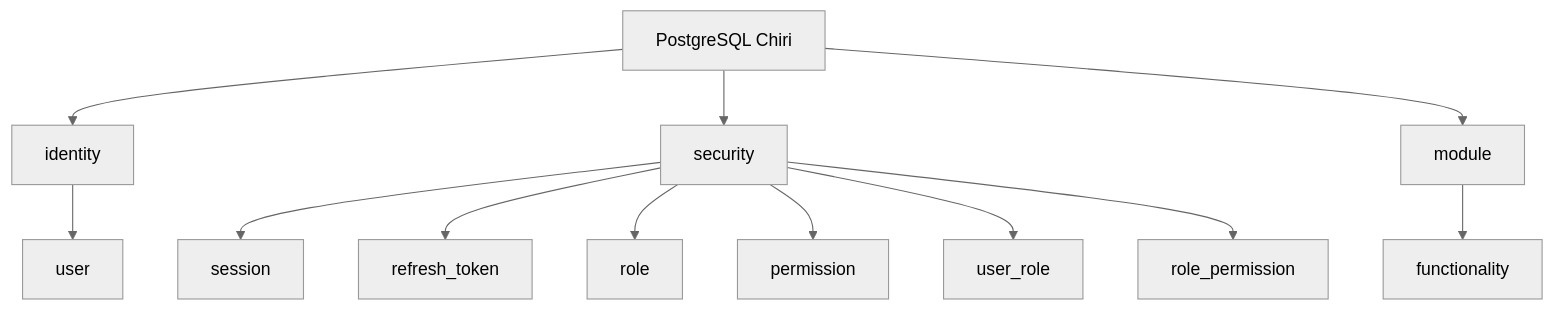
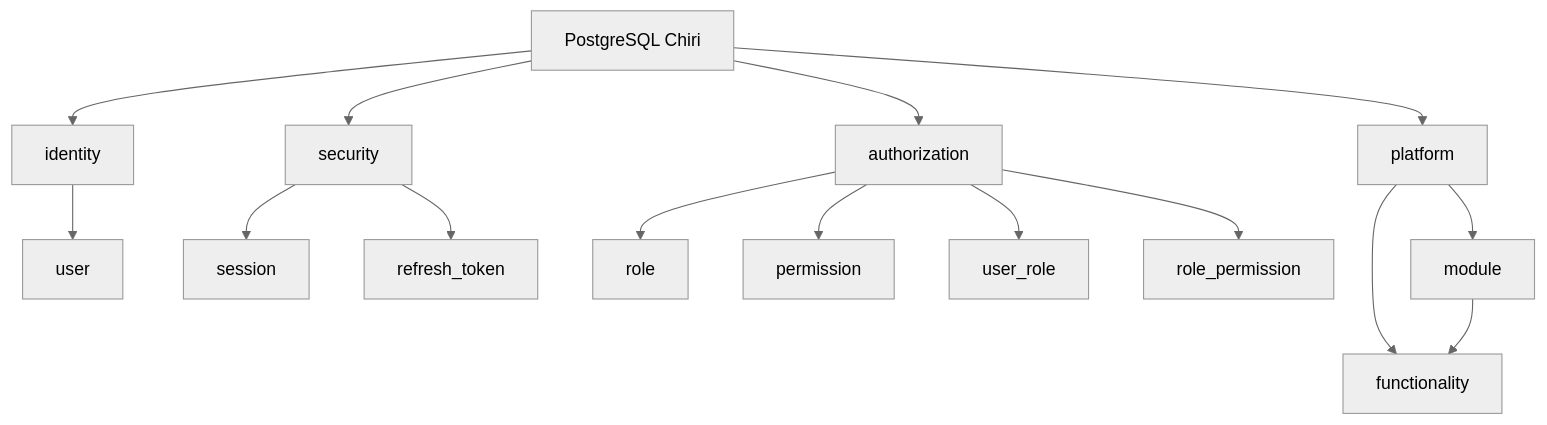
Diagram 22 of 30 in docs/050_BaseDatos.md (chirijose79-ui/Chiri), drawn with Mermaid (neutral theme) before and after one commit. The commit also changed other lines of this file, not shown here.

Commit message:
docs(database): complete migration and schema evolution rules

````diff
--- a/docs/050_BaseDatos.md
+++ b/docs/050_BaseDatos.md
@@ -1782,37 +1912,43 @@
-```mermaid id="x9m4kt"
+```mermaid
 flowchart TB
 
     PostgreSQL["PostgreSQL Chiri"]
 
     Identity["identity"]
     Security["security"]
+    Authorization["authorization"]
+    Platform["platform"]
 
     User["user"]
 
     Session["session"]
     RefreshToken["refresh_token"]
 
     Role["role"]
     Permission["permission"]
-
     UserRole["user_role"]
     RolePermission["role_permission"]
 
     Module["module"]
     Functionality["functionality"]
 
     PostgreSQL --> Identity
     PostgreSQL --> Security
+    PostgreSQL --> Authorization
+    PostgreSQL --> Platform
 
     Identity --> User
 
     Security --> Session
     Security --> RefreshToken
-    Security --> Role
-    Security --> Permission
-    Security --> UserRole
-    Security --> RolePermission
 
-    PostgreSQL --> Module
+    Authorization --> Role
+    Authorization --> Permission
+    Authorization --> UserRole
+    Authorization --> RolePermission
+
+    Platform --> Module
+    Platform --> Functionality
+
     Module --> Functionality
 ```
````
